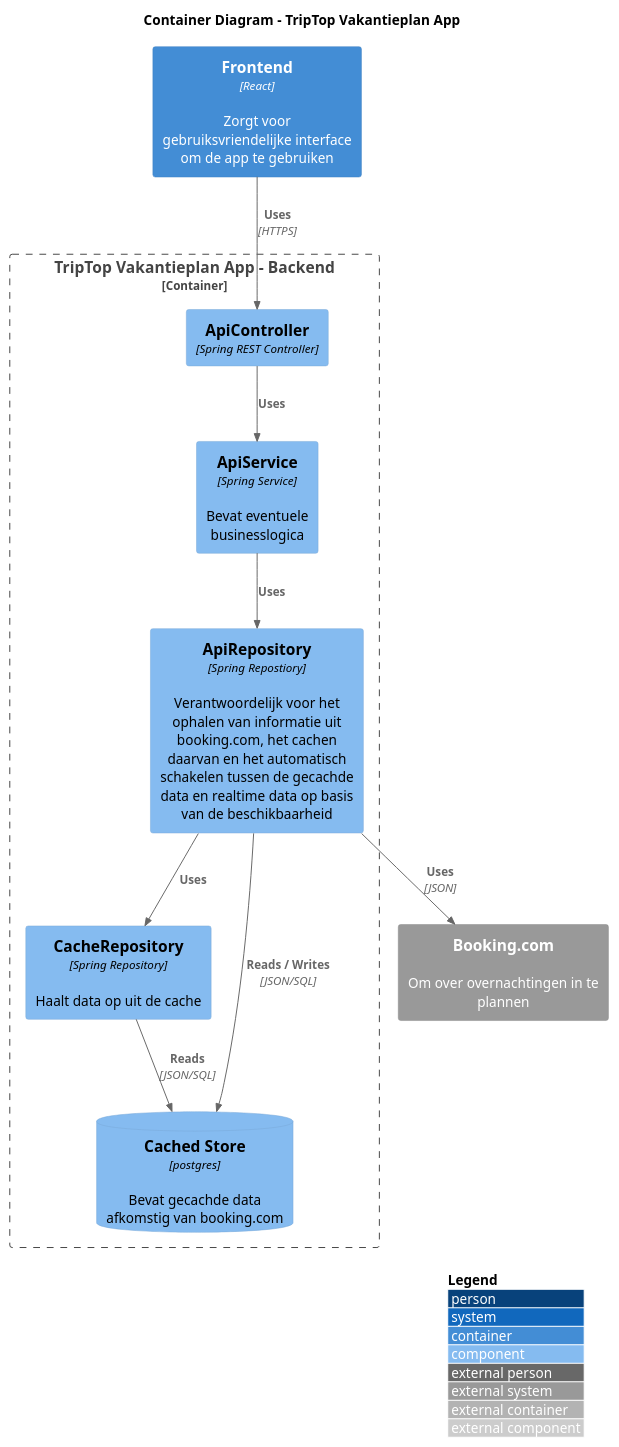
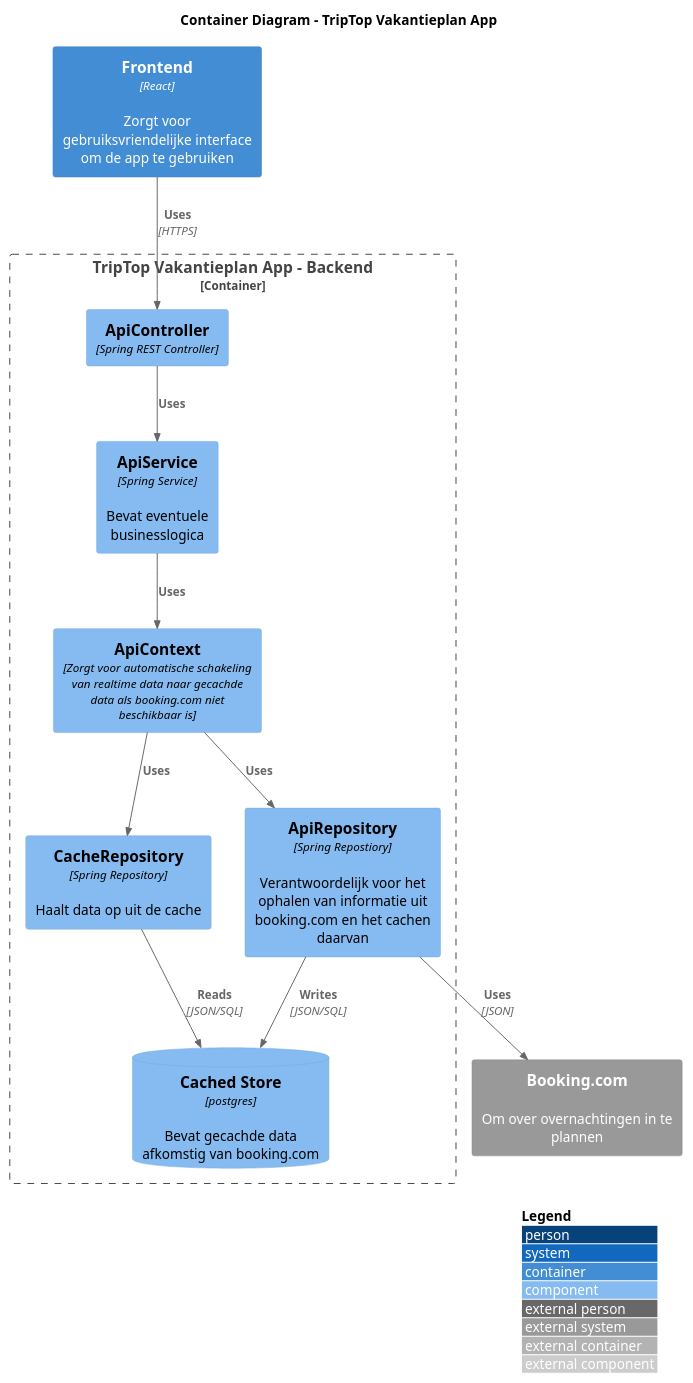
One commit to AIM-ENE-feb25/triptop-groep-3-pedro-ramon-mees changed the diagram in opdracht-diagrammen/component_diagram_onderzoeksvraag1_ramon.puml. Above: the diagram before and after it, drawn with PlantUML.

Commit message:
Use strategy pattern in component diagram

```diff
--- a/opdracht-diagrammen/component_diagram_onderzoeksvraag1_ramon.puml
+++ b/opdracht-diagrammen/component_diagram_onderzoeksvraag1_ramon.puml
@@ -1,33 +1,35 @@
 @startuml component_diagram_onderzoeksvraag1_ramon
 
 !include https://raw.githubusercontent.com/plantuml-stdlib/C4-PlantUML/master/C4_Component.puml
 
 title Container Diagram - TripTop Vakantieplan App
 
 Container(frontend, "Frontend", "React", "Zorgt voor gebruiksvriendelijke interface om de app te gebruiken")
 
 Container_Boundary(boundary,   "TripTop Vakantieplan App - Backend") {
     Component(apicontroller,   "ApiController",   "Spring REST Controller")
     Component(apiservice,      "ApiService",      "Spring Service",    "Bevat eventuele businesslogica")
-    Component(apirepository,   "ApiRepository",   "Spring Repostiory", "Verantwoordelijk voor het ophalen van informatie uit booking.com, het cachen daarvan en het automatisch schakelen tussen de gecachde data en realtime data op basis van de beschikbaarheid")
+    Component(apicontext,      "ApiContext",      "Zorgt voor automatische schakeling van realtime data naar gecachde data als booking.com niet beschikbaar is")
+    Component(apirepository,   "ApiRepository",   "Spring Repostiory", "Verantwoordelijk voor het ophalen van informatie uit booking.com en het cachen daarvan")
     Component(cacherepository, "CacheRepository", "Spring Repository", "Haalt data op uit de cache")
     ComponentDb(db, "Cached Store", "postgres", "Bevat gecachde data afkomstig van booking.com")
 }
 
 Rel(frontend, apicontroller, "Uses", "HTTPS")
 
-Rel(apicontroller, apiservice,    "Uses")
-Rel(apiservice,    apirepository, "Uses")
+Rel(apicontroller, apiservice,      "Uses")
+Rel(apiservice,    apicontext,      "Uses")
+Rel(apicontext,    apirepository,   "Uses")
+Rel(apicontext,    cacherepository, "Uses")
 
 System_Ext(booking, "Booking.com", "Om over overnachtingen in te plannen")
 
-Rel(apirepository, booking,         "Uses", "JSON")
-Rel(apirepository, cacherepository, "Uses")
+Rel(apirepository, booking, "Uses", "JSON")
 
-Rel(apirepository,   db, "Reads / Writes", "JSON/SQL")
-Rel(cacherepository, db, "Reads",          "JSON/SQL")
+Rel(apirepository,   db, "Writes", "JSON/SQL")
+Rel(cacherepository, db, "Reads",  "JSON/SQL")
 
 SHOW_LEGEND(true)
 LAYOUT_WITH_LEGEND()
 
 @enduml
```
